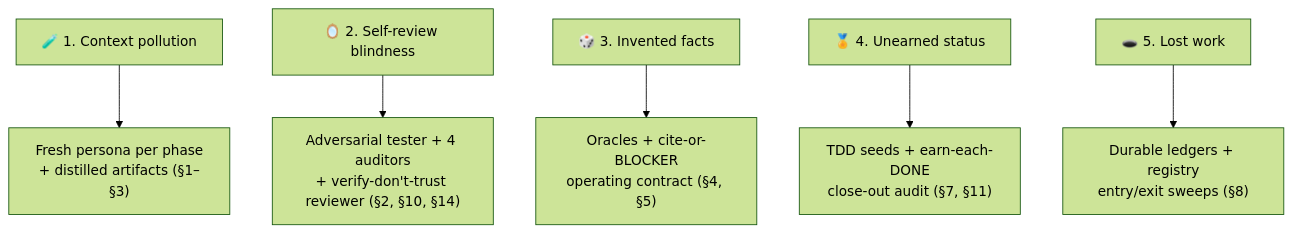
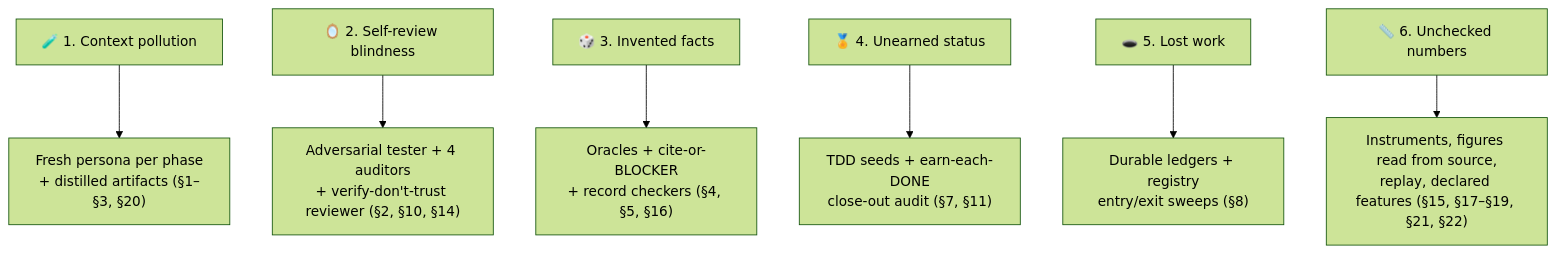
The first of 4 diagrams in DESIGN.md (geopjinfo/builder-pipeline), drawn with Mermaid (forest theme) before and after one commit. The commit also changed other lines of this file and 58 other files, not shown here.

````diff
--- a/DESIGN.md
+++ b/DESIGN.md
@@ -31,8 +34,9 @@
 ```mermaid
 flowchart TB
-    F1["🧪 1. Context pollution"] --> M1["Fresh persona per phase<br/>+ distilled artifacts (§1–§3)"]
+    F1["🧪 1. Context pollution"] --> M1["Fresh persona per phase<br/>+ distilled artifacts (§1–§3, §20)"]
     F2["🪞 2. Self-review blindness"] --> M2["Adversarial tester + 4 auditors<br/>+ verify-don't-trust reviewer (§2, §10, §14)"]
-    F3["🎲 3. Invented facts"] --> M3["Oracles + cite-or-BLOCKER<br/>operating contract (§4, §5)"]
+    F3["🎲 3. Invented facts"] --> M3["Oracles + cite-or-BLOCKER<br/>+ record checkers (§4, §5, §16)"]
     F4["🏅 4. Unearned status"] --> M4["TDD seeds + earn-each-DONE<br/>close-out audit (§7, §11)"]
     F5["🕳️ 5. Lost work"] --> M5["Durable ledgers + registry<br/>entry/exit sweeps (§8)"]
+    F6["📏 6. Unchecked numbers"] --> M6["Instruments, figures read from source,<br/>replay, declared features (§15, §17–§19, §21, §22)"]
 ```
````
